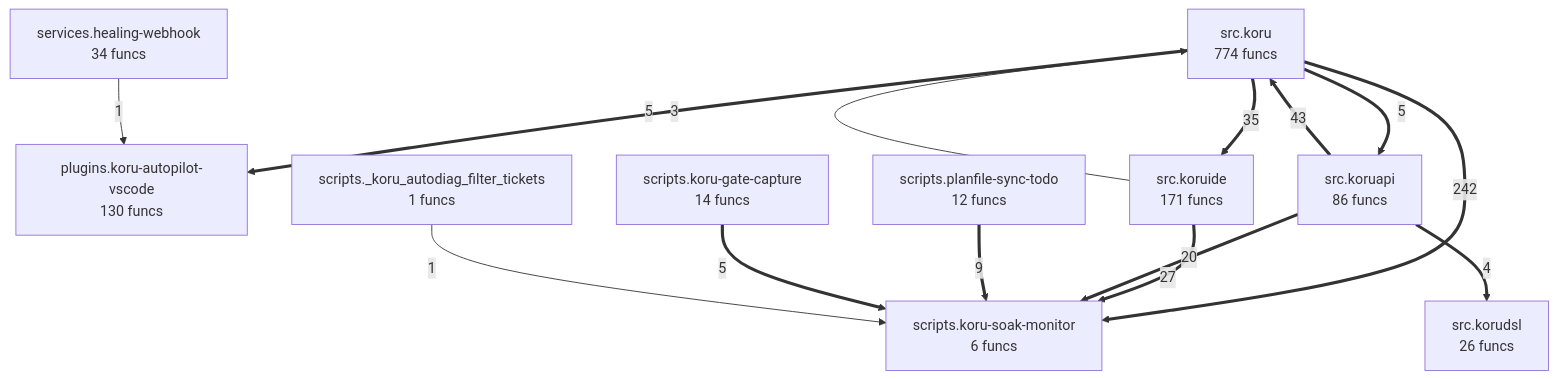
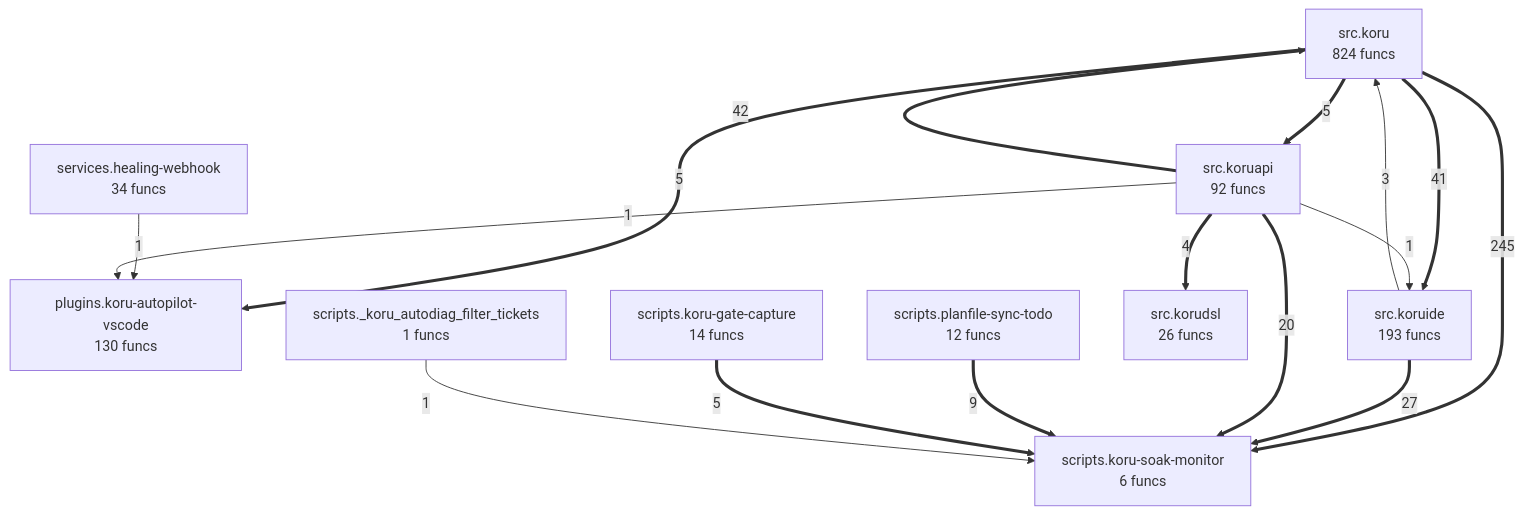
Before and after one commit to semcod/koru: the diagram in project/compact_flow.mmd, drawn with Mermaid. The commit also changed 51 other files, not shown here.

```diff
--- a/project/compact_flow.mmd
+++ b/project/compact_flow.mmd
@@ -1,25 +1,27 @@
 flowchart TD
-%% generated in 0.05s
+%% generated in 0.07s
     plugins__koru_autopilot_vscode["plugins.koru-autopilot-vscode<br/>130 funcs"]
     scripts___koru_autodiag_filter_tickets["scripts._koru_autodiag_filter_tickets<br/>1 funcs"]
     scripts__koru_gate_capture["scripts.koru-gate-capture<br/>14 funcs"]
     scripts__koru_soak_monitor["scripts.koru-soak-monitor<br/>6 funcs"]
     scripts__planfile_sync_todo["scripts.planfile-sync-todo<br/>12 funcs"]
     services__healing_webhook["services.healing-webhook<br/>34 funcs"]
-    src__koru["src.koru<br/>774 funcs"]
-    src__koruapi["src.koruapi<br/>86 funcs"]
+    src__koru["src.koru<br/>824 funcs"]
+    src__koruapi["src.koruapi<br/>92 funcs"]
     src__korudsl["src.korudsl<br/>26 funcs"]
-    src__koruide["src.koruide<br/>171 funcs"]
-    src__koru ==>|242| scripts__koru_soak_monitor
-    src__koruapi ==>|43| src__koru
-    src__koru ==>|35| src__koruide
+    src__koruide["src.koruide<br/>193 funcs"]
+    src__koru ==>|245| scripts__koru_soak_monitor
+    src__koruapi ==>|42| src__koru
+    src__koru ==>|41| src__koruide
     src__koruide ==>|27| scripts__koru_soak_monitor
     src__koruapi ==>|20| scripts__koru_soak_monitor
     scripts__planfile_sync_todo ==>|9| scripts__koru_soak_monitor
     src__koru ==>|5| plugins__koru_autopilot_vscode
     src__koru ==>|5| src__koruapi
     scripts__koru_gate_capture ==>|5| scripts__koru_soak_monitor
     src__koruapi ==>|4| src__korudsl
     src__koruide -->|3| src__koru
     services__healing_webhook -->|1| plugins__koru_autopilot_vscode
+    src__koruapi -->|1| plugins__koru_autopilot_vscode
+    src__koruapi -->|1| src__koruide
     scripts___koru_autodiag_filter_tickets -->|1| scripts__koru_soak_monitor
```
